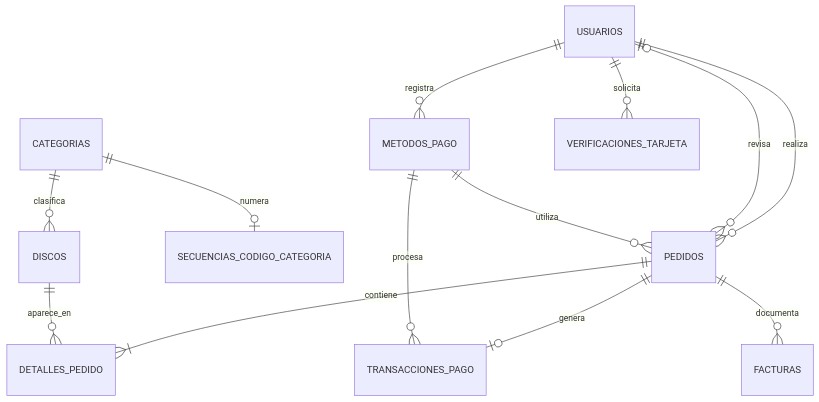
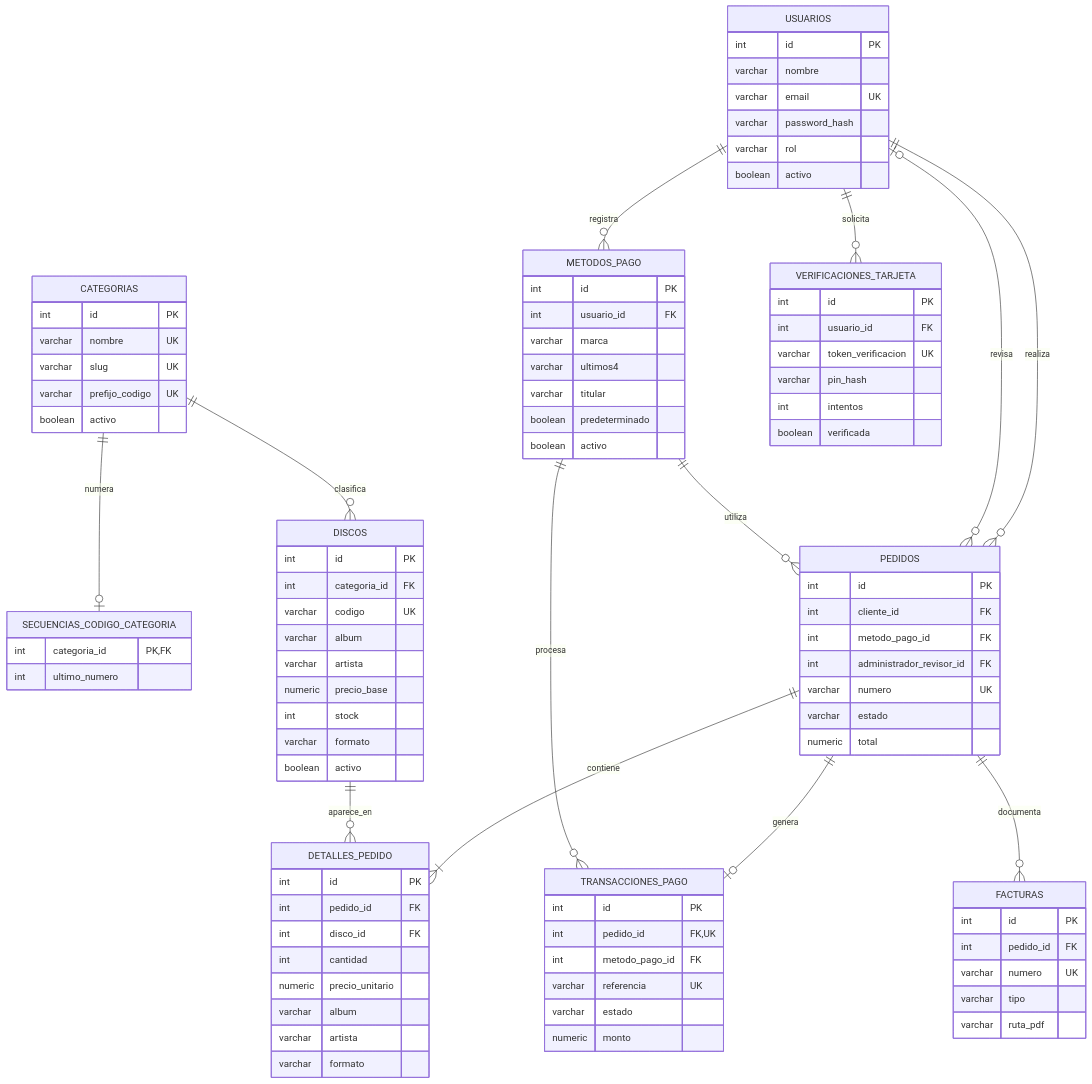
The diagram in docs/MODELO_ENTIDAD_RELACION.md (Martina350/new-records-ecommerce), drawn with Mermaid before and after one commit. The commit also changed other lines of this file and 90 other files, not shown here.

Commit message:
refactor: add tests for modular architecture, validators, and update lock file

````diff
--- a/docs/MODELO_ENTIDAD_RELACION.md
+++ b/docs/MODELO_ENTIDAD_RELACION.md
@@ -9,5 +9,87 @@
 ```mermaid
 erDiagram
+    CATEGORIAS {
+        int id PK
+        varchar nombre UK
+        varchar slug UK
+        varchar prefijo_codigo UK
+        boolean activo
+    }
+    SECUENCIAS_CODIGO_CATEGORIA {
+        int categoria_id PK,FK
+        int ultimo_numero
+    }
+    DISCOS {
+        int id PK
+        int categoria_id FK
+        varchar codigo UK
+        varchar album
+        varchar artista
+        numeric precio_base
+        int stock
+        varchar formato
+        boolean activo
+    }
+    USUARIOS {
+        int id PK
+        varchar nombre
+        varchar email UK
+        varchar password_hash
+        varchar rol
+        boolean activo
+    }
+    METODOS_PAGO {
+        int id PK
+        int usuario_id FK
+        varchar marca
+        varchar ultimos4
+        varchar titular
+        boolean predeterminado
+        boolean activo
+    }
+    VERIFICACIONES_TARJETA {
+        int id PK
+        int usuario_id FK
+        varchar token_verificacion UK
+        varchar pin_hash
+        int intentos
+        boolean verificada
+    }
+    PEDIDOS {
+        int id PK
+        int cliente_id FK
+        int metodo_pago_id FK
+        int administrador_revisor_id FK
+        varchar numero UK
+        varchar estado
+        numeric total
+    }
+    DETALLES_PEDIDO {
+        int id PK
+        int pedido_id FK
+        int disco_id FK
+        int cantidad
+        numeric precio_unitario
+        varchar album
+        varchar artista
+        varchar formato
+    }
+    TRANSACCIONES_PAGO {
+        int id PK
+        int pedido_id FK,UK
+        int metodo_pago_id FK
+        varchar referencia UK
+        varchar estado
+        numeric monto
+    }
+    FACTURAS {
+        int id PK
+        int pedido_id FK
+        varchar numero UK
+        varchar tipo
+        varchar ruta_pdf
+    }
+
     CATEGORIAS ||--o{ DISCOS : clasifica
     CATEGORIAS ||--o| SECUENCIAS_CODIGO_CATEGORIA : numera
     USUARIOS ||--o{ METODOS_PAGO : registra
````
